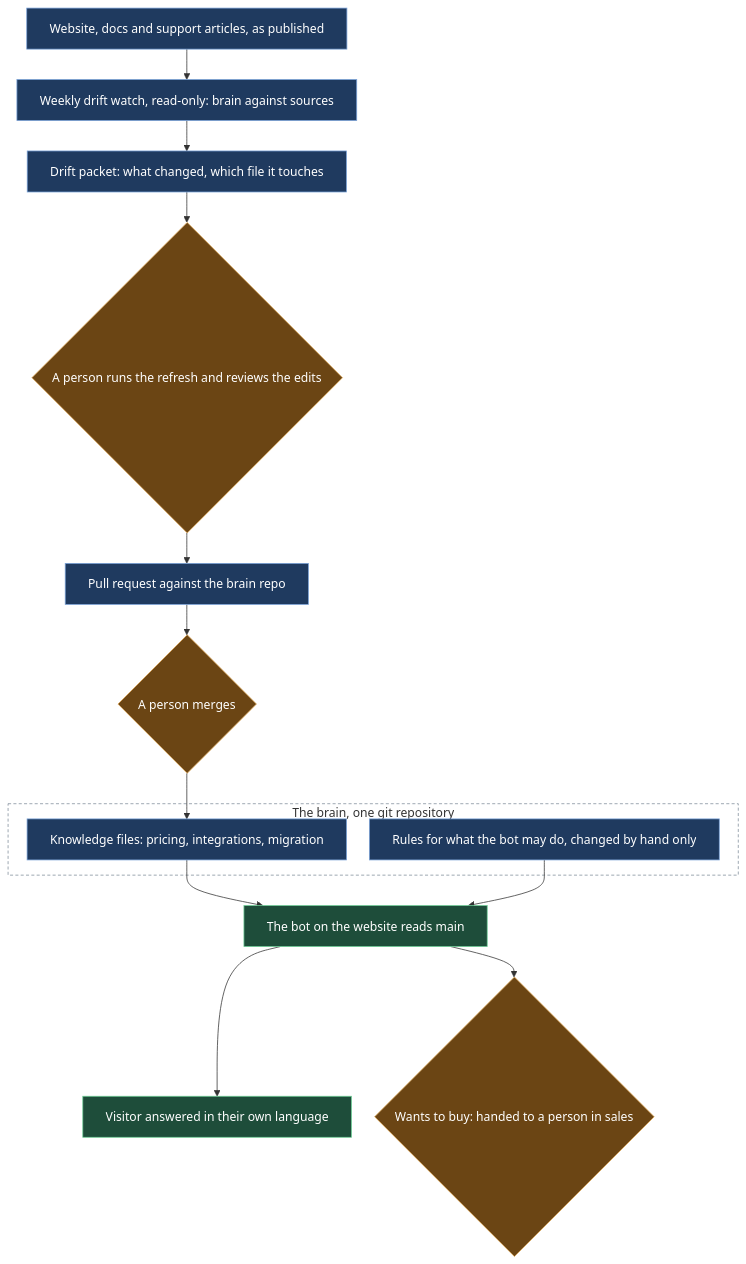
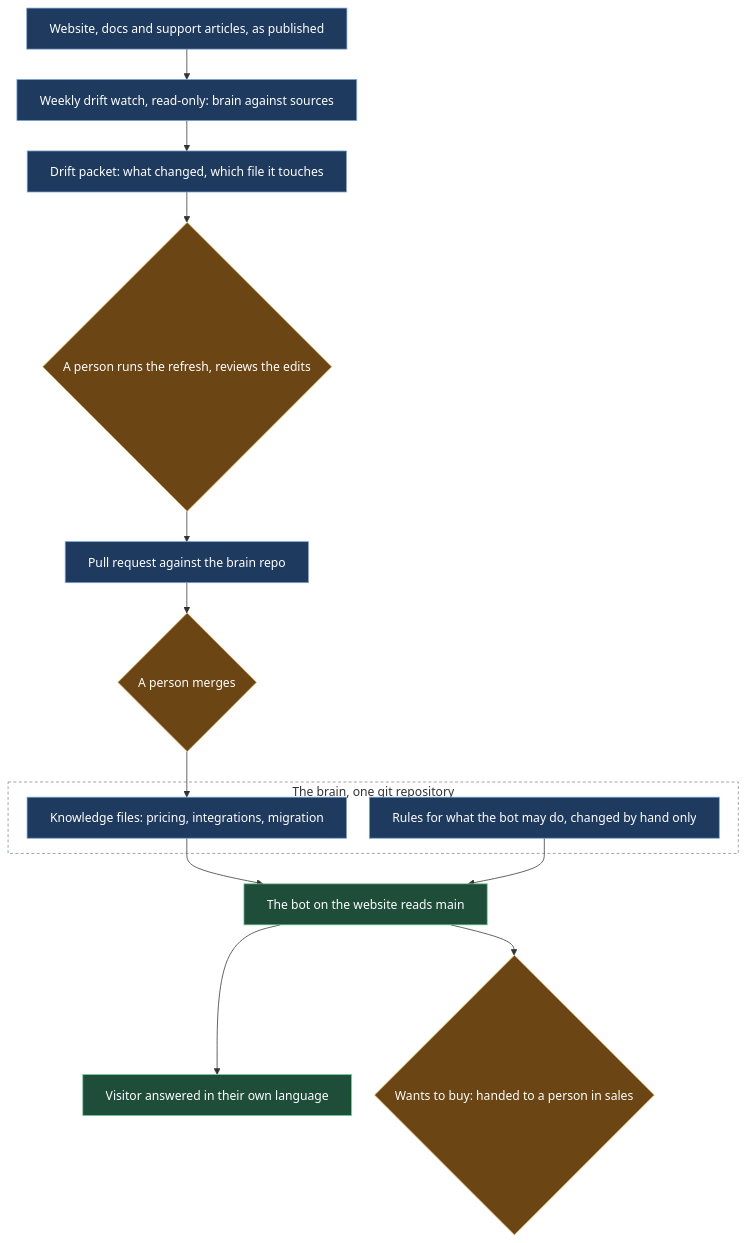
Before and after one commit to nunomnferreirapt/ai-operated-growth-engine: the diagram in evidence/case-studies/03-a-chatbot-that-watches-itself.md, drawn with Mermaid. The commit also changed 1 other file, not shown here.

Commit message:
Chapters 2 and 3: monthly loop drawn under the segment chain, shorter decision labels
Claude-Session: https://claude.ai/code/session_013vAMTruojjzTuNGSxvVixS

````diff
--- a/evidence/case-studies/03-a-chatbot-that-watches-itself.md
+++ b/evidence/case-studies/03-a-chatbot-that-watches-itself.md
@@ -11,22 +11,22 @@
 ```mermaid
 %%{init: {"flowchart": {"wrappingWidth": 600, "nodeSpacing": 30, "rankSpacing": 40}}}%%
 flowchart TB
     W["Website, docs and support articles, as published"]:::sys --> DR["Weekly drift watch, read-only: brain against sources"]:::sys
     DR --> PK["Drift packet: what changed, which file it touches"]:::sys
-    PK --> RF{"A person runs the refresh and reviews the edits"}:::human
+    PK --> RF{"A person runs the refresh, reviews the edits"}:::human
     RF --> PR["Pull request against the brain repo"]:::sys
     PR --> MG{"A person merges"}:::human
     subgraph BR["The brain, one git repository"]
         KB["Knowledge files: pricing, integrations, migration"]:::sys
         GR["Rules for what the bot may do, changed by hand only"]:::sys
     end
     MG --> KB
     KB --> BOT["The bot on the website reads main"]:::out
     GR --> BOT
     BOT --> VIS["Visitor answered in their own language"]:::out
     BOT --> SALES{"Wants to buy: handed to a person in sales"}:::human
     classDef sys fill:#1f3a5f,stroke:#7aa2d8,color:#ffffff
     classDef human fill:#6b4514,stroke:#e0a95a,color:#ffffff
     classDef out fill:#1e4d3a,stroke:#6fcf97,color:#ffffff
     style BR fill:transparent,stroke:#7f8c9a,stroke-dasharray:4 3
 ```
````
